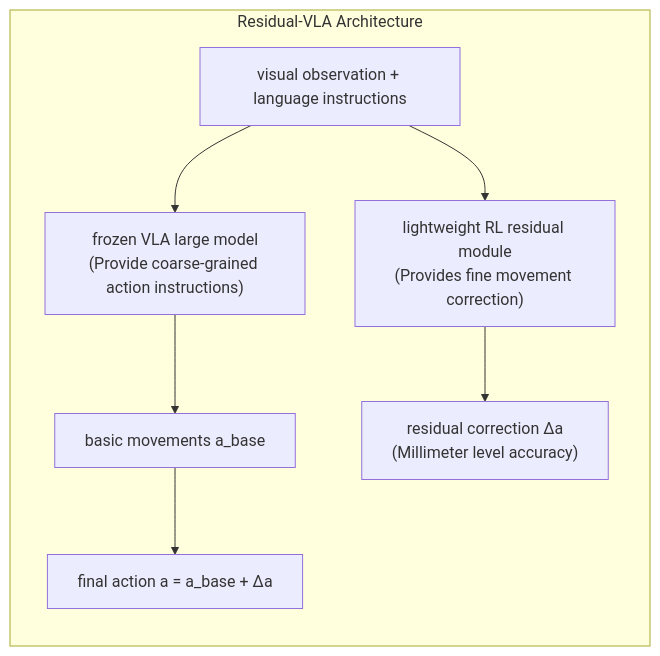
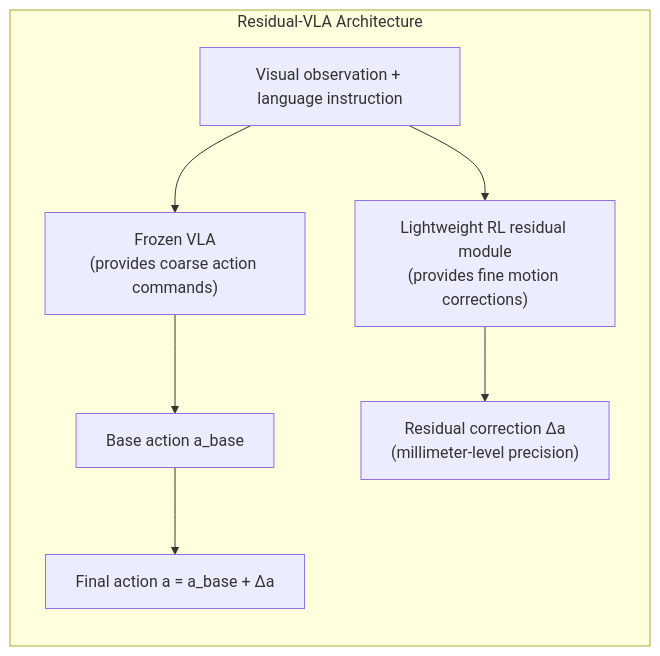
One commit to TingdeLiu/tingdeliu.github.io changed the tenth of 24 diagrams in _translations/en/research/Reinforcement-Learning-Survey.md. Above: the diagram before and after it, drawn with Mermaid. The commit also changed other lines of this file and 51 other files, not shown here.

````diff
--- a/_translations/en/research/Reinforcement-Learning-Survey.md
+++ b/_translations/en/research/Reinforcement-Learning-Survey.md
@@ -838,10 +838,10 @@
 ```mermaid
 graph LR
     subgraph "Residual-VLA Architecture"
-        A["visual observation + language instructions"] --> B["frozen VLA large model<br/>(Provide coarse-grained action instructions)"]
-        A --> C["lightweight RL residual module<br/>(Provides fine movement correction)"]
-        B --> D["basic movements a_base"]
-        C --> E["residual correction Δa<br/>(Millimeter level accuracy)"]
-        D --> F["final action a = a_base + Δa"]
+        A["Visual observation + language instruction"] --> B["Frozen VLA<br/>(provides coarse action commands)"]
+        A --> C["Lightweight RL residual module<br/>(provides fine motion corrections)"]
+        B --> D["Base action a_base"]
+        C --> E["Residual correction Δa<br/>(millimeter-level precision)"]
+        D --> F["Final action a = a_base + Δa"]
     end
 ```
````
